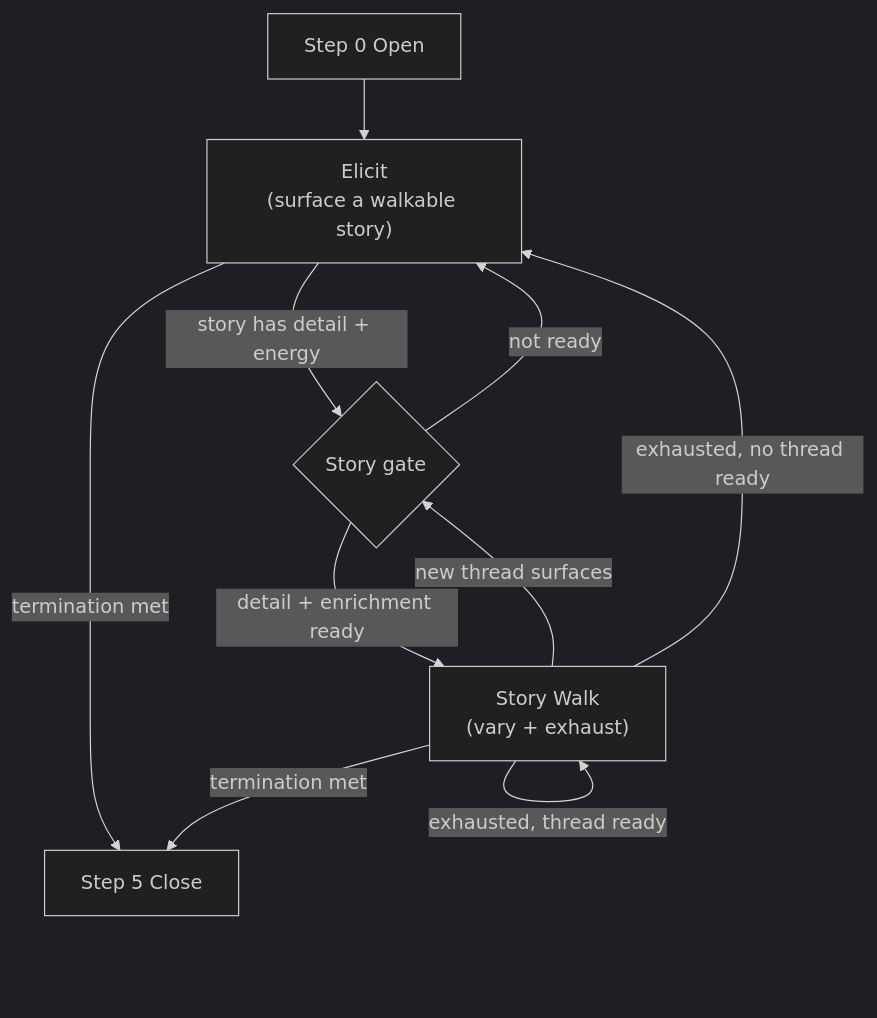
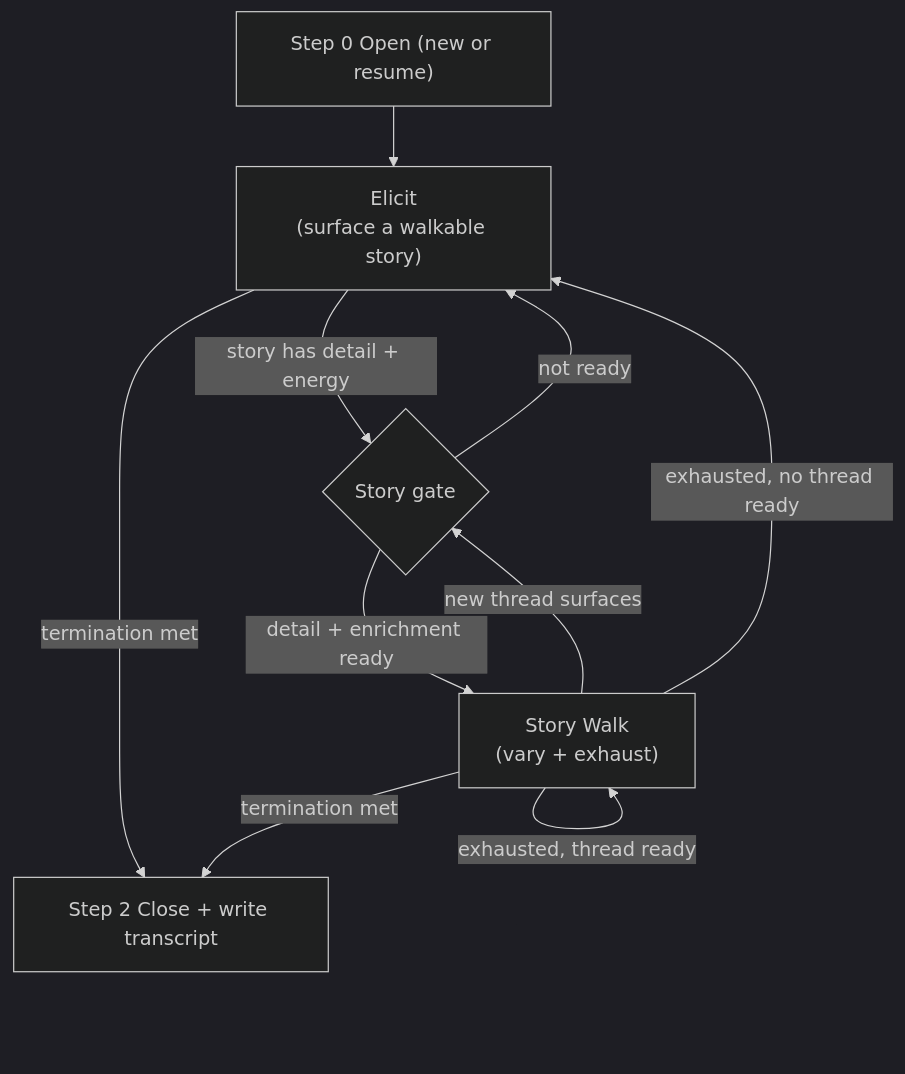
Before and after one commit to cppalliance/tools-public: the diagram in tools/mentograph.md, drawn with Mermaid (dark theme). The commit also changed other lines of this file, not shown here.

````diff
--- a/tools/mentograph.md
+++ b/tools/mentograph.md
@@ -21,12 +21,12 @@
 ```mermaid
 flowchart TD
-    Open[Step 0 Open] --> Elicit
+    Open["Step 0 Open (new or resume)"] --> Elicit
     Elicit["Elicit\n(surface a walkable story)"] -->|story has detail + energy| Gate{Story gate}
     Gate -->|"detail + enrichment ready"| Walk["Story Walk\n(vary + exhaust)"]
     Gate -->|not ready| Elicit
     Walk -->|new thread surfaces| Gate
     Walk -->|exhausted, no thread ready| Elicit
     Walk -->|exhausted, thread ready| Walk
-    Elicit -->|"termination met"| Close[Step 5 Close]
+    Elicit -->|"termination met"| Close["Step 2 Close + write transcript"]
     Walk -->|"termination met"| Close
 ```
````
